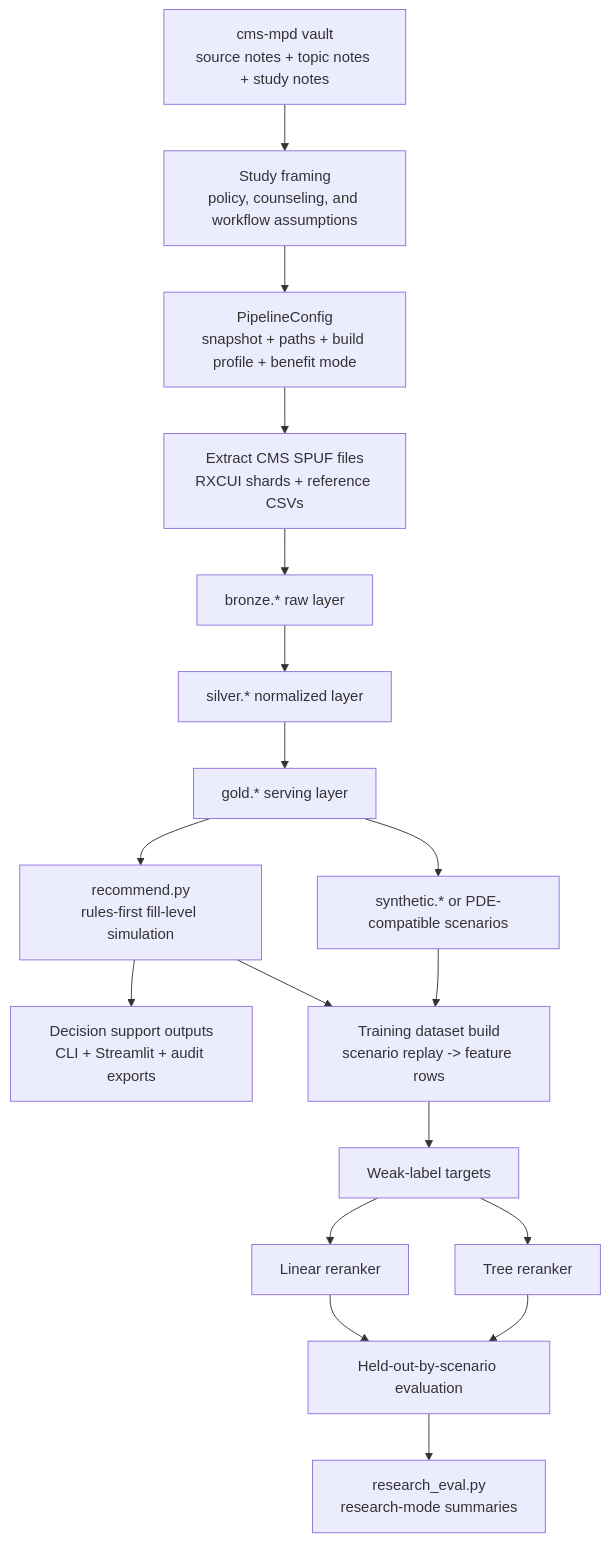
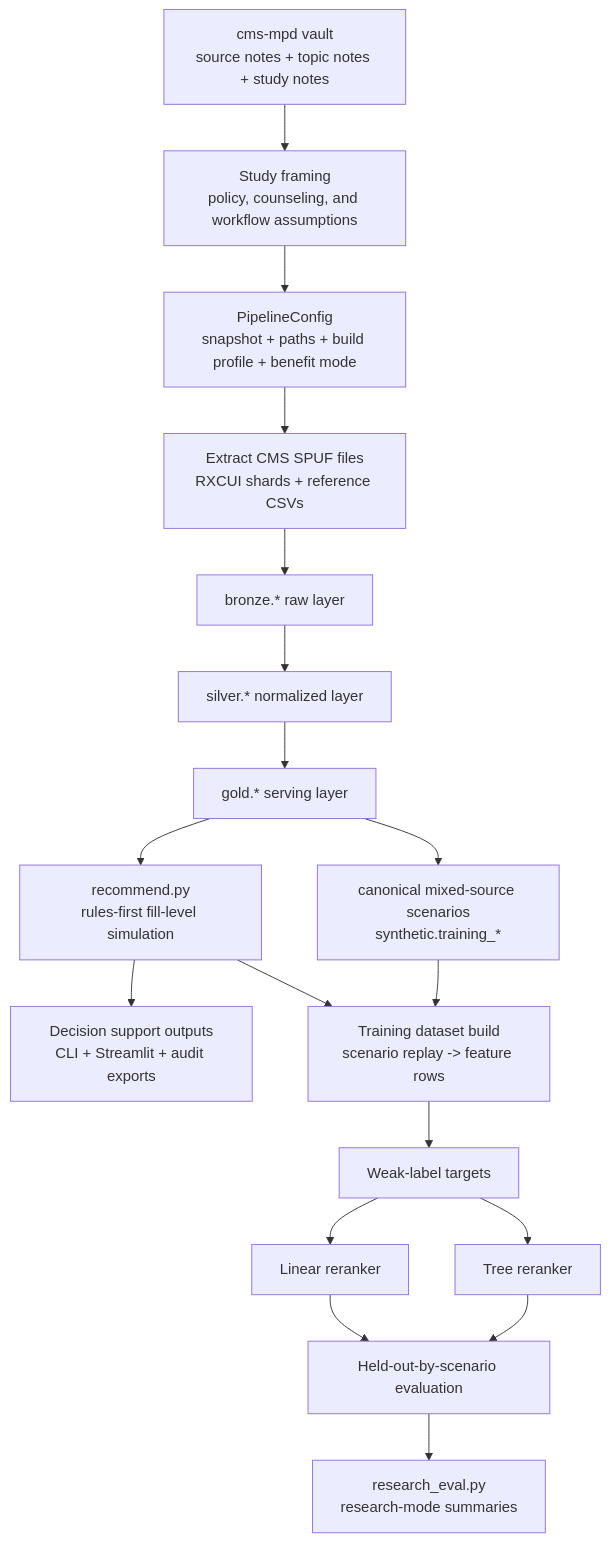
The diagram in cms-mpd/05 Outputs/Summaries/CMS MPD Recommendation - Research Flow, Data Logic, and Algorithm.md (NghiaNguyenDuy/CMS-MPD-Recommendation), drawn with Mermaid before and after one commit. The commit also changed other lines of this file and 9 other files, not shown here.

````diff
--- a/cms-mpd/05 Outputs/Summaries/CMS MPD Recommendation - Research Flow, Data Logic, and Algorithm.md
+++ b/cms-mpd/05 Outputs/Summaries/CMS MPD Recommendation - Research Flow, Data Logic, and Algorithm.md
@@ -67,28 +67,29 @@
 ```mermaid
 flowchart TD
     A["cms-mpd vault
 source notes + topic notes + study notes"] --> B["Study framing
 policy, counseling, and workflow assumptions"]
     B --> C["PipelineConfig
 snapshot + paths + build profile + benefit mode"]
     C --> D["Extract CMS SPUF files
 RXCUI shards + reference CSVs"]
     D --> E["bronze.* raw layer"]
     E --> F["silver.* normalized layer"]
     F --> G["gold.* serving layer"]
     G --> H["recommend.py
 rules-first fill-level simulation"]
     H --> I["Decision support outputs
 CLI + Streamlit + audit exports"]
-    G --> J["synthetic.* or PDE-compatible scenarios"]
+    G --> J["canonical mixed-source scenarios
+synthetic.training_*"]
     H --> K["Training dataset build
 scenario replay -> feature rows"]
     J --> K
     K --> L["Weak-label targets"]
     L --> M["Linear reranker"]
     L --> N["Tree reranker"]
     M --> O["Held-out-by-scenario evaluation"]
     N --> O
     O --> P["research_eval.py
 research-mode summaries"]
 ```
````
